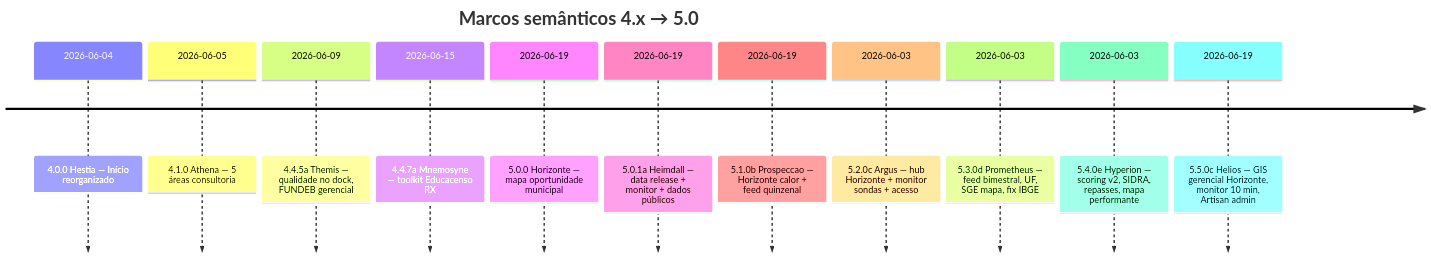
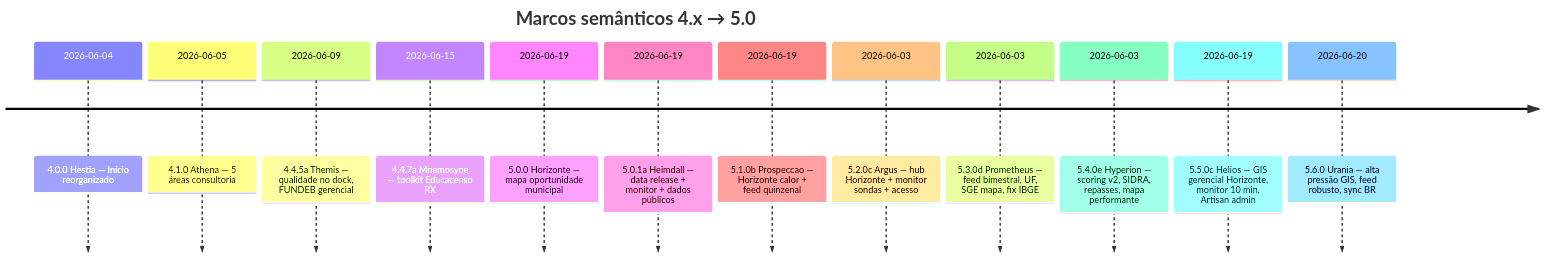
Before and after one commit to JaderGabriel/serventec-servlitcys: the diagram in docs/HISTORICO_VERSOES.md, drawn with Mermaid. The commit also changed other lines of this file and 6 other files, not shown here.

First line of the commit message:
Release 5.6.0 Urania: alta pressão GIS, feed robusto e sync BR.

````diff
--- a/docs/HISTORICO_VERSOES.md
+++ b/docs/HISTORICO_VERSOES.md
@@ -20,15 +20,16 @@
 ```mermaid
 timeline
     title Marcos semânticos 4.x → 5.0
     2026-06-04 : 4.0.0 Hestia — Início reorganizado
     2026-06-05 : 4.1.0 Athena — 5 áreas consultoria
     2026-06-09 : 4.4.5a Themis — qualidade no dock, FUNDEB gerencial
     2026-06-15 : 4.4.7a Mnemosyne — toolkit Educacenso RX
     2026-06-19 : 5.0.0 Horizonte — mapa oportunidade municipal
     2026-06-19 : 5.0.1a Heimdall — data release + monitor + dados públicos
     2026-06-19 : 5.1.0b Prospeccao — Horizonte calor + feed quinzenal
     2026-06-03 : 5.2.0c Argus — hub Horizonte + monitor sondas + acesso
     2026-06-03 : 5.3.0d Prometheus — feed bimestral, UF, SGE mapa, fix IBGE
     2026-06-03 : 5.4.0e Hyperion — scoring v2, SIDRA, repasses, mapa performante
     2026-06-19 : 5.5.0c Helios — GIS gerencial Horizonte, monitor 10 min, Artisan admin
+    2026-06-20 : 5.6.0 Urania — alta pressão GIS, feed robusto, sync BR
 ```
````
